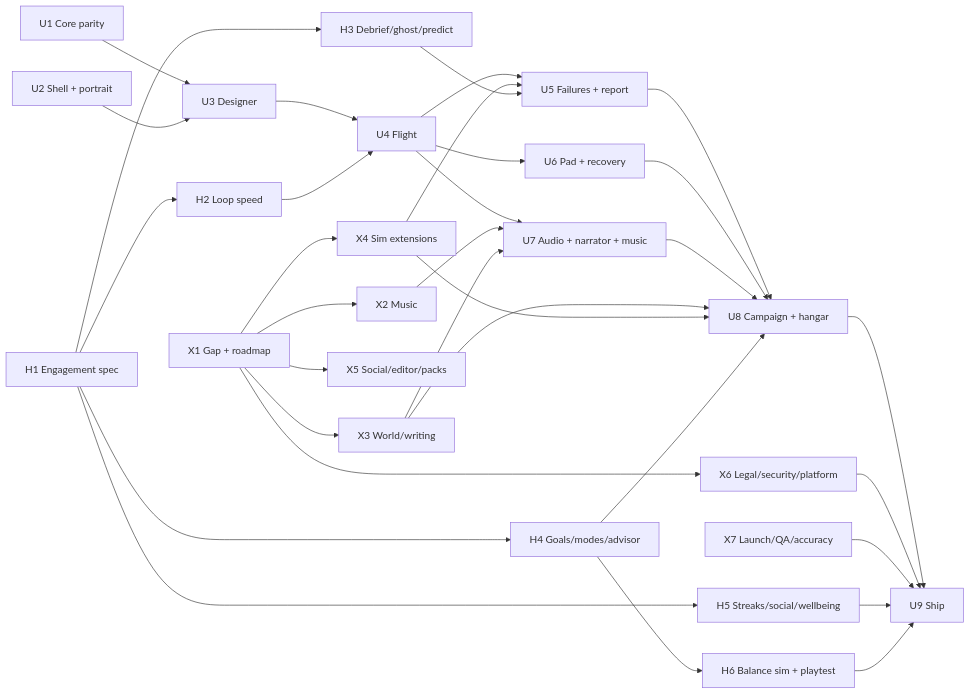
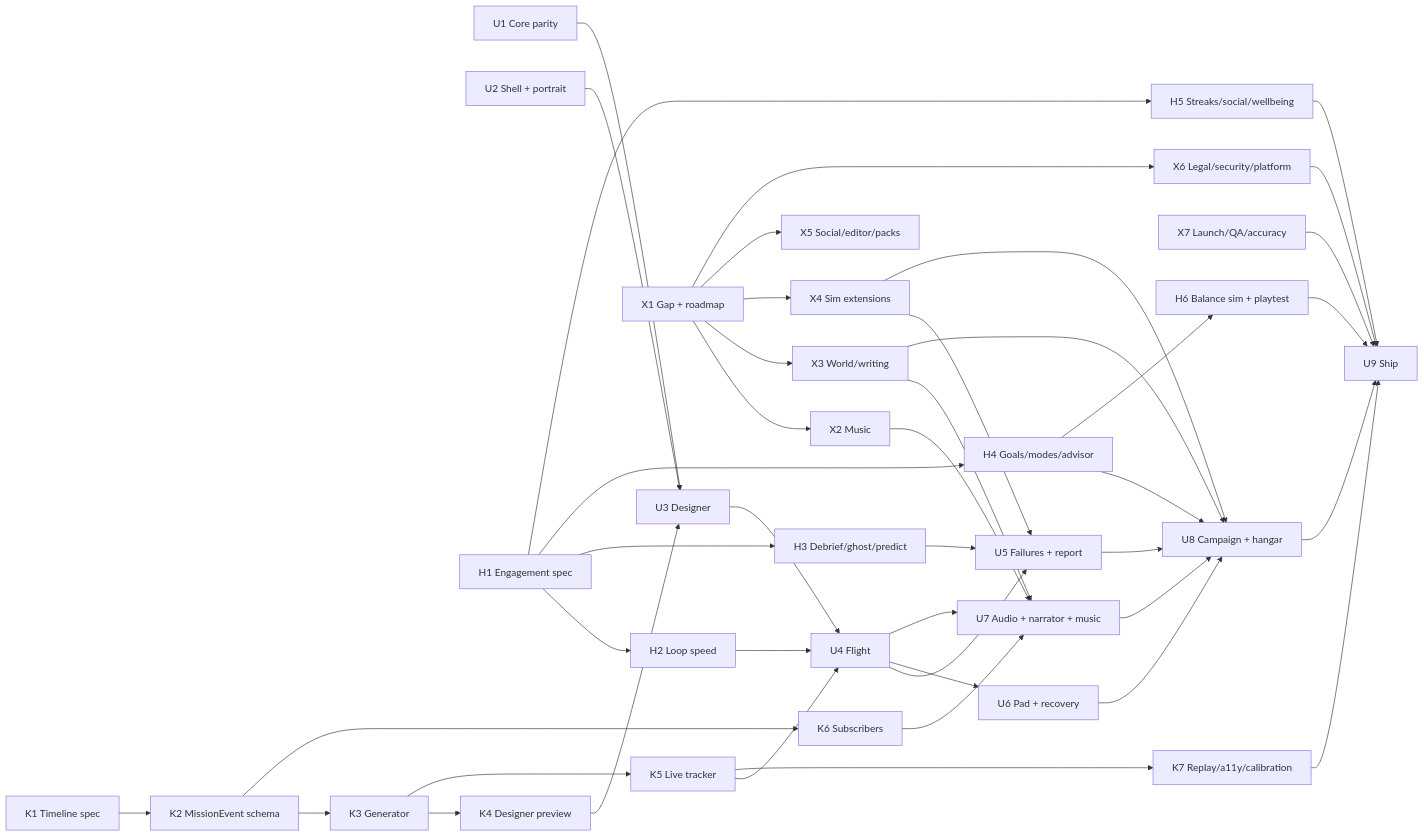
One commit to becktj90/kestrel-heavy changed the diagram in docs/MASTER_ROADMAP.md. Above: the diagram before and after it, drawn with Mermaid. The commit also changed other lines of this file and 5 other files, not shown here.

Commit message:
K1: launch timeline audit + MissionEvent spec; map K1–K7

````diff
--- a/docs/MASTER_ROADMAP.md
+++ b/docs/MASTER_ROADMAP.md
@@ -6,32 +6,37 @@
 ```mermaid
 graph LR
   U1[U1 Core parity] --> U3[U3 Designer]
   U2[U2 Shell + portrait] --> U3
   U3 --> U4[U4 Flight]
   U4 --> U5[U5 Failures + report]
   U4 --> U6[U6 Pad + recovery]
   U4 --> U7[U7 Audio + narrator + music]
   U5 --> U8[U8 Campaign + hangar]
   U6 --> U8
   U7 --> U8
   U8 --> U9[U9 Ship]
   X1[X1 Gap + roadmap] --> X2[X2 Music]
   X1 --> X3[X3 World/writing]
   X1 --> X4[X4 Sim extensions]
   X2 --> U7
   X3 --> U7
   X3 --> U8
   X4 --> U5
   X4 --> U8
   X1 --> X5[X5 Social/editor/packs]
   X1 --> X6[X6 Legal/security/platform]
   X6 --> U9
   X7[X7 Launch/QA/accuracy] --> U9
   H1[H1 Engagement spec] --> H2[H2 Loop speed]
   H1 --> H3[H3 Debrief/ghost/predict]
   H2 --> U4
   H3 --> U5
   H1 --> H4[H4 Goals/modes/advisor] --> U8
   H1 --> H5[H5 Streaks/social/wellbeing] --> U9
   H4 --> H6[H6 Balance sim + playtest] --> U9
+  K1[K1 Timeline spec] --> K2[K2 MissionEvent schema] --> K3[K3 Generator]
+  K3 --> K4[K4 Designer preview] --> U3
+  K3 --> K5[K5 Live tracker] --> U4
+  K2 --> K6[K6 Subscribers] --> U7
+  K5 --> K7[K7 Replay/a11y/calibration] --> U9
 ```
````
